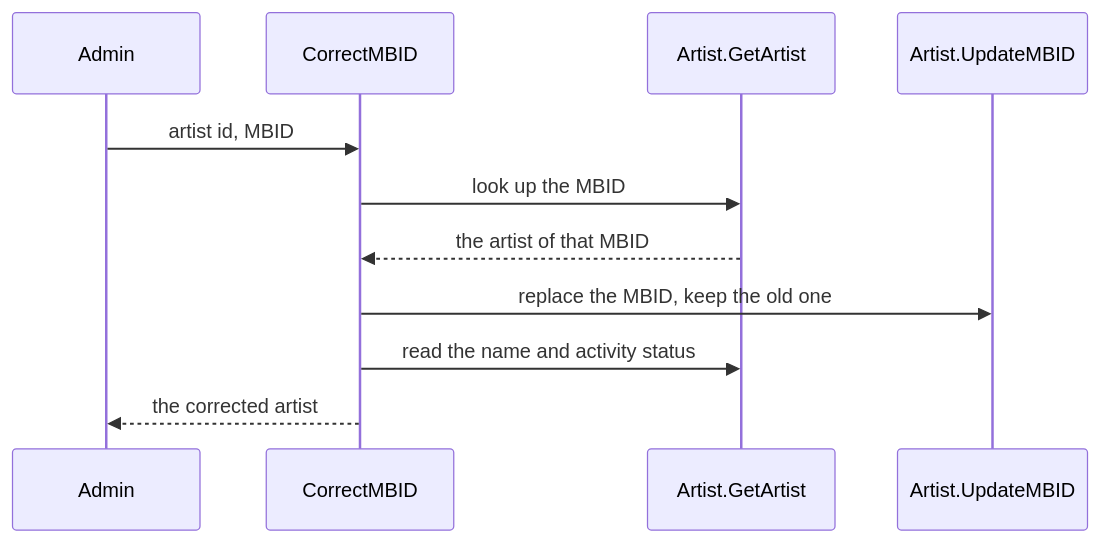
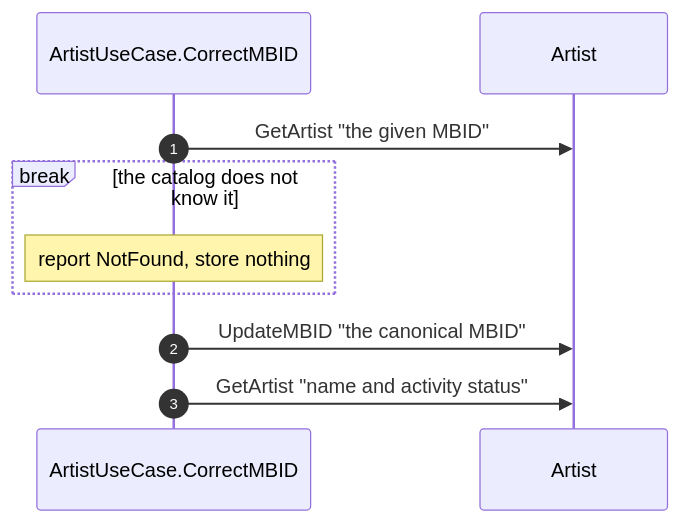
Before and after one commit to liverty-music/specification: the diagram in openspec/specs/components/usecase/artist/correct-mbid/spec.md, drawn with Mermaid.

Commit message:
docs(openspec): draw CorrectMBID in the usecase diagram format
The Purpose diagram carried over from the change declared operations as
participants and used free-text messages, so check-diagrams.py rejected it.
Redraw it with the UC participant, the Artist entity and its operations.

````diff
--- a/openspec/specs/components/usecase/artist/correct-mbid/spec.md
+++ b/openspec/specs/components/usecase/artist/correct-mbid/spec.md
@@ -6,13 +6,12 @@
 ```mermaid
 sequenceDiagram
-  participant Admin
-  participant Usecase as CorrectMBID
-  participant Catalog as Artist.GetArtist
-  participant Store as Artist.UpdateMBID
-  Admin->>Usecase: artist id, MBID
-  Usecase->>Catalog: look up the MBID
-  Catalog-->>Usecase: the artist of that MBID
-  Usecase->>Store: replace the MBID, keep the old one
-  Usecase->>Catalog: read the name and activity status
-  Usecase-->>Admin: the corrected artist
+autonumber
+participant UC as ArtistUseCase.CorrectMBID
+participant Artist
+UC->>Artist: GetArtist "the given MBID"
+break the catalog does not know it
+  Note over UC: report NotFound, store nothing
+end
+UC->>Artist: UpdateMBID "the canonical MBID"
+UC->>Artist: GetArtist "name and activity status"
 ```
````
